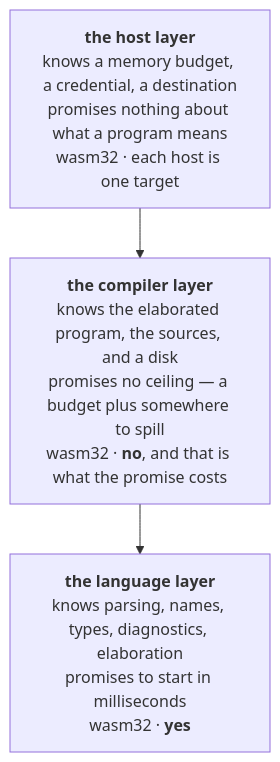
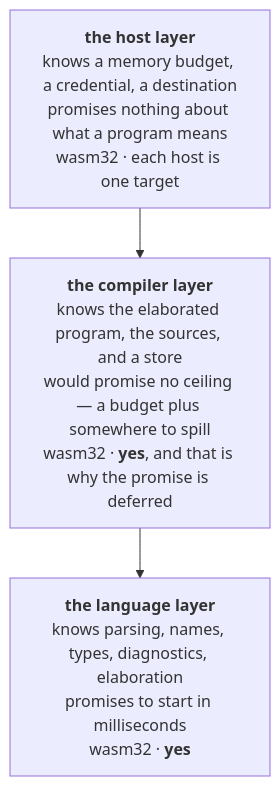
The diagram in docs/content/docs/design/three-hosts.mdx (Kanzo-Tech/fossil-lang), drawn with Mermaid before and after one commit. The commit also changed other lines of this file and 43 other files, not shown here.

````diff
--- a/docs/content/docs/design/three-hosts.mdx
+++ b/docs/content/docs/design/three-hosts.mdx
@@ -19,7 +19,7 @@
 ```mermaid
 graph TD
   H["<b>the host layer</b><br/>knows a memory budget, a credential, a destination<br/>promises nothing about what a program means<br/>wasm32 · each host is one target"]
-  C["<b>the compiler layer</b><br/>knows the elaborated program, the sources, and a disk<br/>promises no ceiling — a budget plus somewhere to spill<br/>wasm32 · <b>no</b>, and that is what the promise costs"]
+  C["<b>the compiler layer</b><br/>knows the elaborated program, the sources, and a store<br/>would promise no ceiling — a budget plus somewhere to spill<br/>wasm32 · <b>yes</b>, and that is why the promise is deferred"]
   L["<b>the language layer</b><br/>knows parsing, names, types, diagnostics, elaboration<br/>promises to start in milliseconds<br/>wasm32 · <b>yes</b>"]
   H --> C --> L
 ```
````
